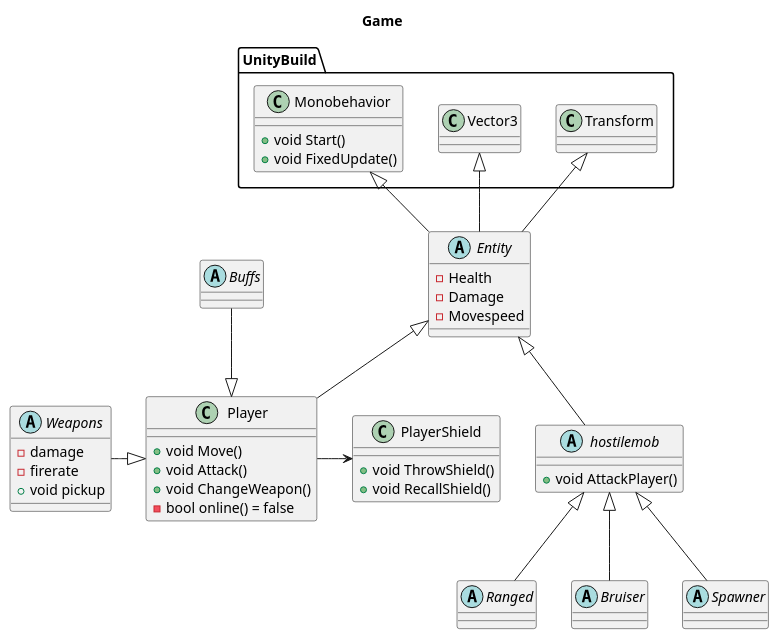
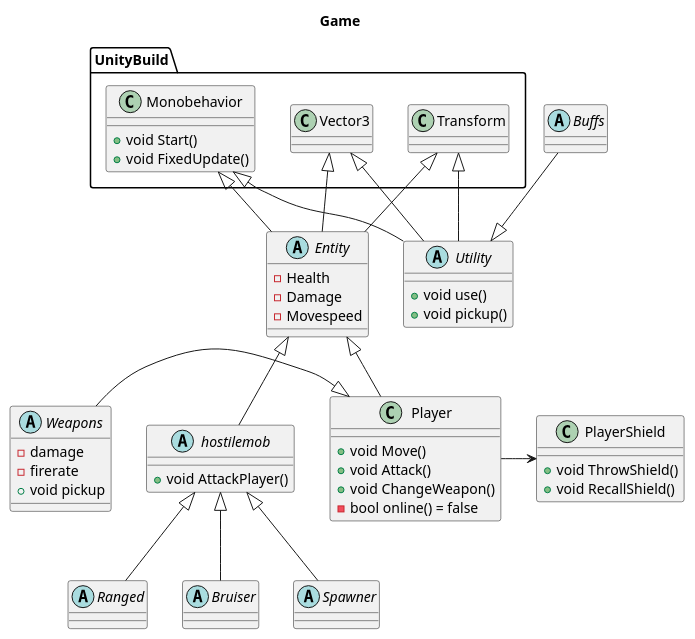
One commit to Ninjamus21/EksamensProjekt2023 changed the diagram in Gremory.puml. Above: the diagram before and after it, drawn with PlantUML. The commit also changed 5 other files, not shown here.

```diff
--- a/Gremory.puml
+++ b/Gremory.puml
@@ -1,74 +1,80 @@
 @startuml
 
 Title Game
 namespace UnityBuild{
 class Monobehavior{
 +void Start()
 +void FixedUpdate()
 }
 class Vector3{
 
 }
 class Transform{
 
 }
+}
+
+abstract class Utility{
++ void use()
++ void pickup()
 }
 
 class Player{
 
 + void Move()
 + void Attack()
 + void ChangeWeapon()
 - bool online() = false
 }
 
 abstract class Entity{
 - Health
 - Damage
 - Movespeed
 
 }
 abstract class hostilemob{
 + void AttackPlayer()
 
 }
 abstract class Ranged{
 
 }
 abstract class Bruiser{
 
 }
 abstract class Spawner{
 
 }
 
 class PlayerShield{
 + void ThrowShield()
 + void RecallShield()
 }
 
 abstract class Weapons{
 - damage
 - firerate
 + void pickup
 }
 
 abstract class Buffs{
 
 }
 
 
 hostilemob -up-|> Entity
 Player -up-|> Entity 
 hostilemob <|-- Ranged
 hostilemob <|-- Bruiser
 hostilemob <|-- Spawner 
 Entity -up-|> UnityBuild.Monobehavior
 Entity -up-|> UnityBuild.Vector3
 Entity -up-|> UnityBuild.Transform
+Utility -up-|> UnityBuild.Monobehavior
+Utility -up-|> UnityBuild.Vector3
+Utility -up-|> UnityBuild.Transform
 Player -> PlayerShield
 Weapons -|> Player
-Buffs --|> Player
-
-
+Buffs --|> Utility
 @enduml
```
